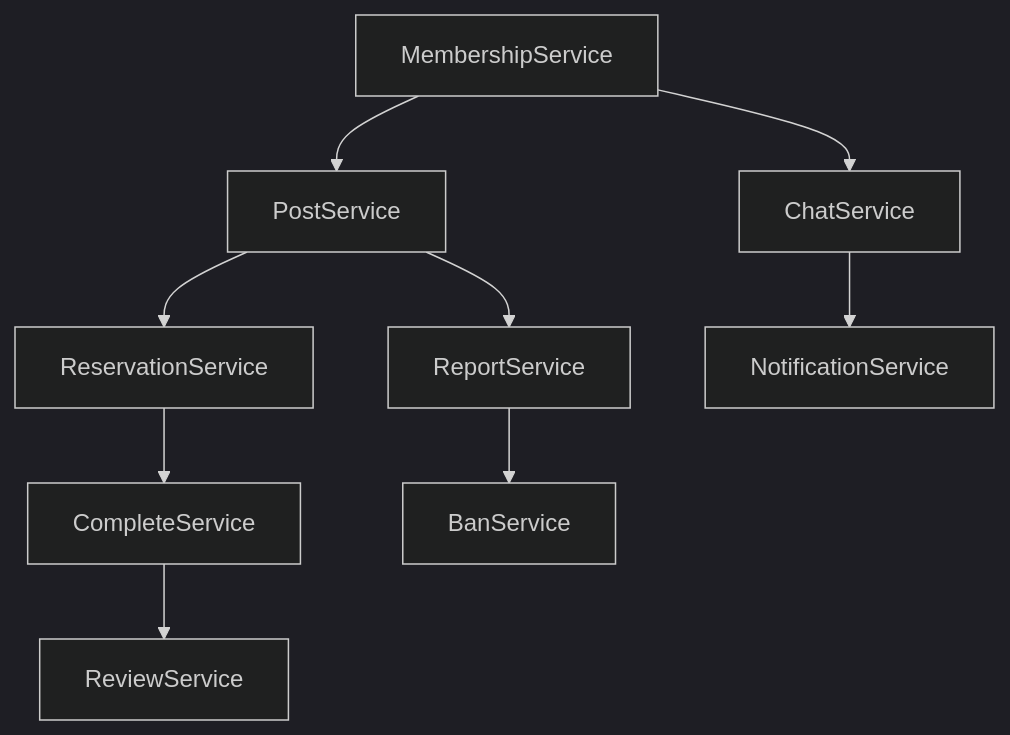
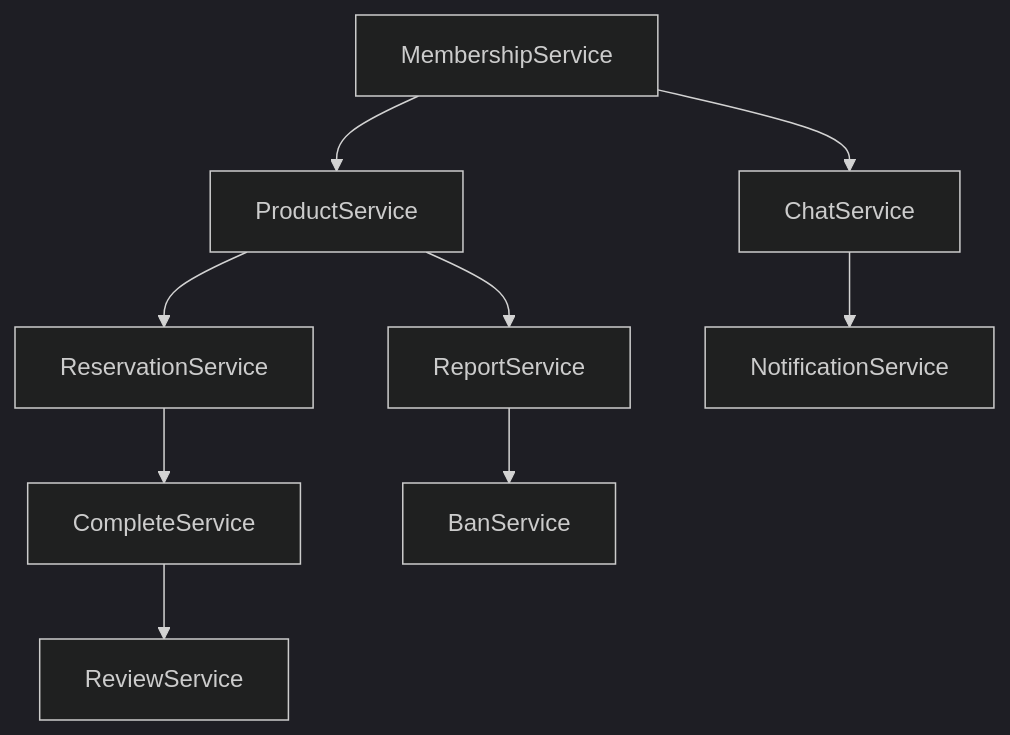
Before and after one commit to oyushik/rookiejangter-web-market: the third of 3 diagrams in docs/domain.md, drawn with Mermaid (dark theme). The commit also changed other lines of this file and 42 other files, not shown here.

Commit message:
refactor#36: 엔티티명 변경: Post -> Product, 문서 최신화

````diff
--- a/docs/domain.md
+++ b/docs/domain.md
@@ -813,11 +813,11 @@
 ```mermaid
 graph TD
-    A[MembershipService] --> B[PostService]
+    A[MembershipService] --> B[ProductService]
     A --> C[ChatService]
     B --> D[ReservationService]
     D --> E[CompleteService]
     E --> F[ReviewService]
     C --> G[NotificationService]
     B --> H[ReportService]
     H --> I[BanService]
 ```
````
